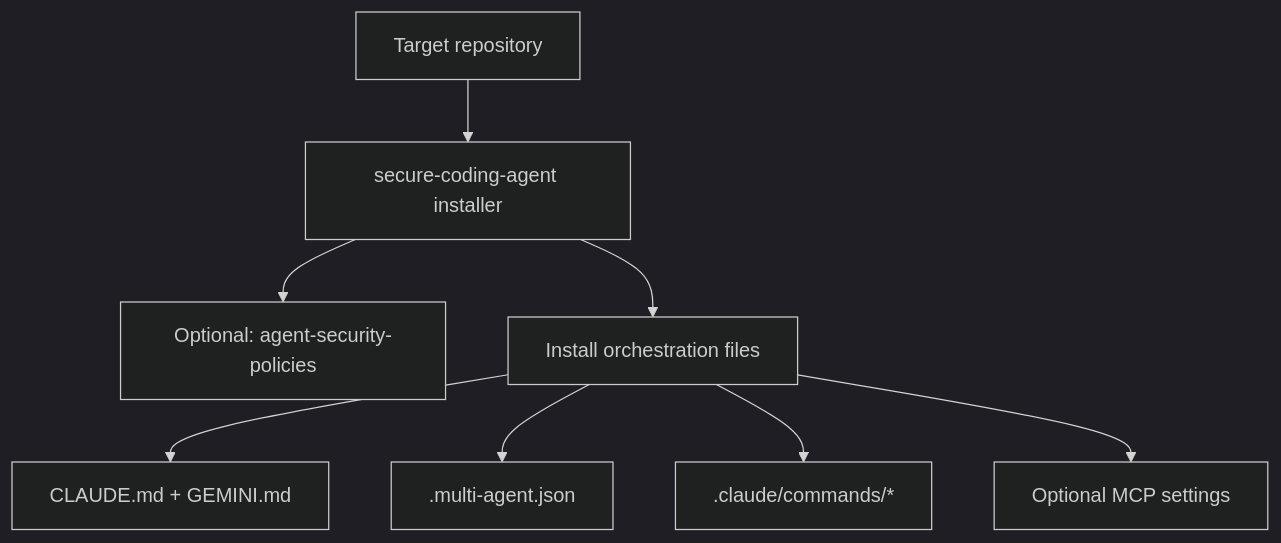
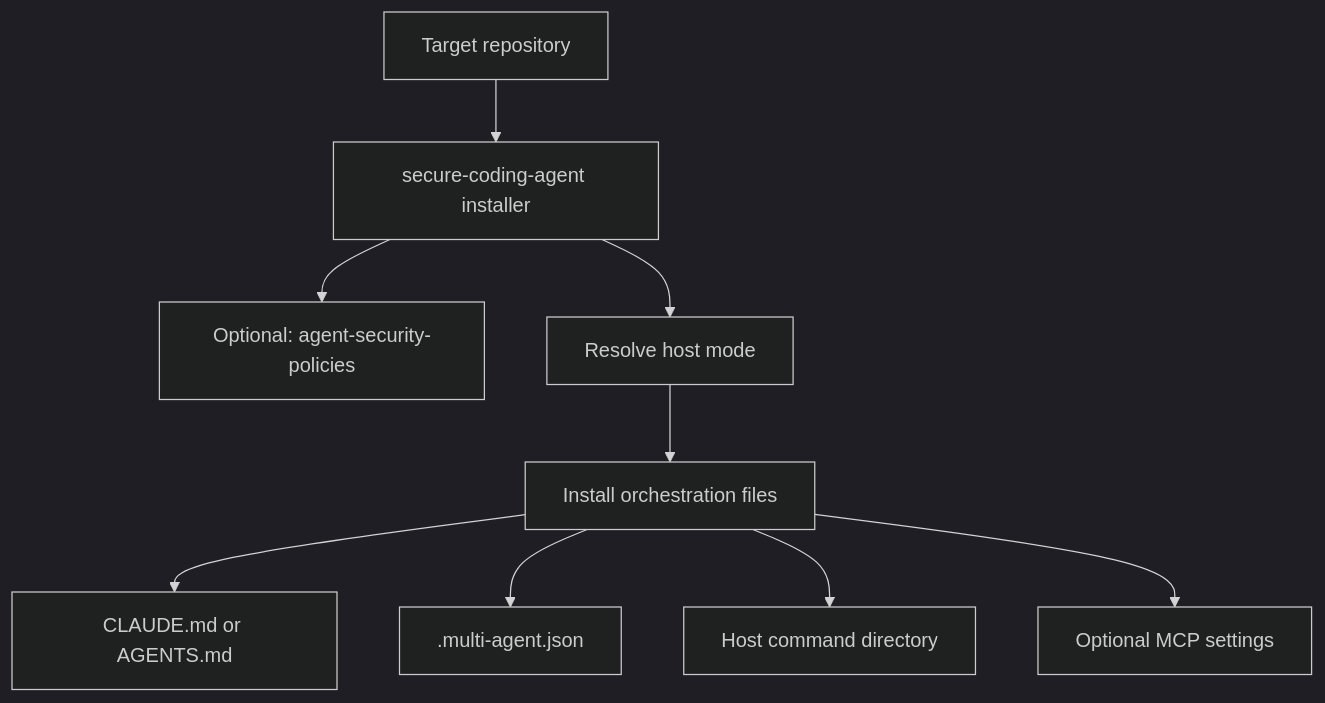
Before and after one commit to raomaster/secure-coding-agent: the first of 2 diagrams in docs/architecture.md, drawn with Mermaid (dark theme). The commit also changed other lines of this file and 27 other files, not shown here.

Commit message:
Add host-aware OpenCode and OmO install flow

````diff
--- a/docs/architecture.md
+++ b/docs/architecture.md
@@ -108,10 +115,11 @@
 ```mermaid
 flowchart TD
     A["Target repository"] --> B["secure-coding-agent installer"]
     B --> C["Optional: agent-security-policies"]
-    B --> D["Install orchestration files"]
-    D --> E["CLAUDE.md + GEMINI.md"]
-    D --> F[".multi-agent.json"]
-    D --> G[".claude/commands/*"]
-    D --> H["Optional MCP settings"]
+    B --> D["Resolve host mode"]
+    D --> E["Install orchestration files"]
+    E --> F["CLAUDE.md or AGENTS.md"]
+    E --> G[".multi-agent.json"]
+    E --> H["Host command directory"]
+    E --> I["Optional MCP settings"]
 ```
````
